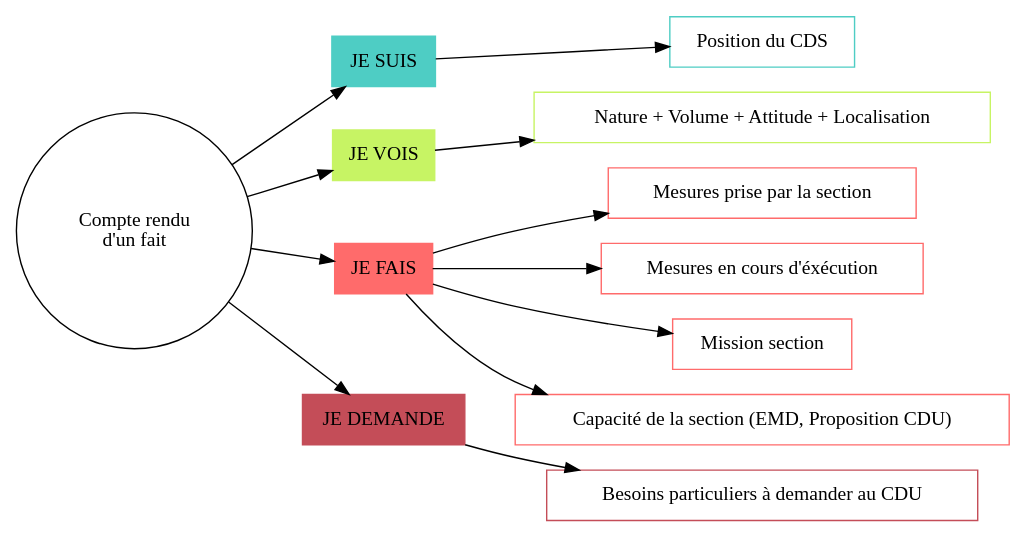
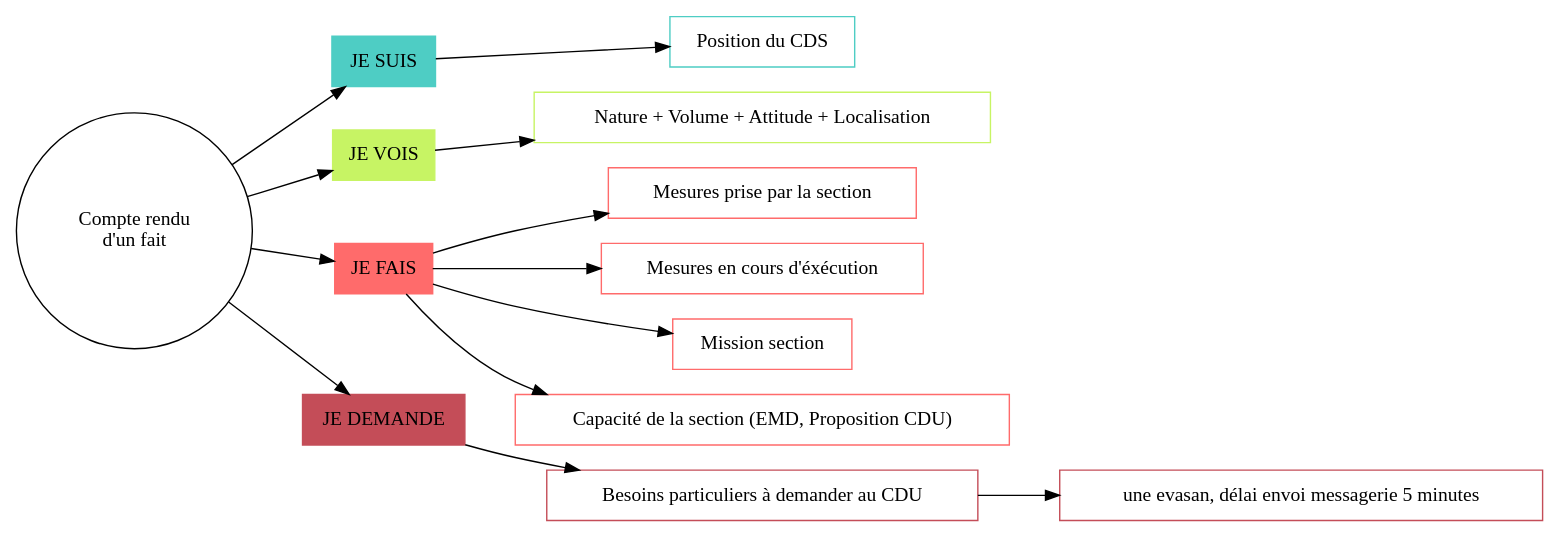
The diagram in Combat/Section proterre/Ordres de conduite/cr_fait.dot (FG-2/FG-2.github.io), drawn with Graphviz before and after one commit. The commit also changed 50 other files, not shown here.

```diff
--- a/Combat/Section proterre/Ordres de conduite/cr_fait.dot
+++ b/Combat/Section proterre/Ordres de conduite/cr_fait.dot
@@ -1,25 +1,27 @@
 digraph {
 
     graph [layout = dot, overlap=false, rankdir=LR, ordering="out"]
     
     node [shape = circle]
     "Compte rendu\nd'un fait"
     
     node [shape = rectangle]
     node [color = "#4ECDC4"]
     "JE SUIS" [style = filled]
     "JE SUIS" -> "Position du CDS"
     node [color = "#C7F464"] 
     "JE VOIS" [style = filled]
     "JE VOIS" -> "Nature + Volume + Attitude + Localisation"
     node [color = "#FF6B6B"]
     "JE FAIS" [style = filled]
     "JE FAIS" -> "Mesures prise par la section", "Mesures en cours d'éxécution", "Mission section", "Capacité de la section (EMD, Proposition CDU)"
     node [color = "#C44D58"]
     "JE DEMANDE" [style = filled] 
-    "JE DEMANDE" -> "Besoins particuliers à demander au CDU" 
+    "JE DEMANDE" -> "Besoins particuliers à demander au CDU"
     
 
     "Compte rendu\nd'un fait" -> "JE SUIS", "JE VOIS", "JE FAIS", "JE DEMANDE"
     
+    "Besoins particuliers à demander au CDU" -> "une evasan, délai envoi messagerie 5 minutes"
+    
 }
```
